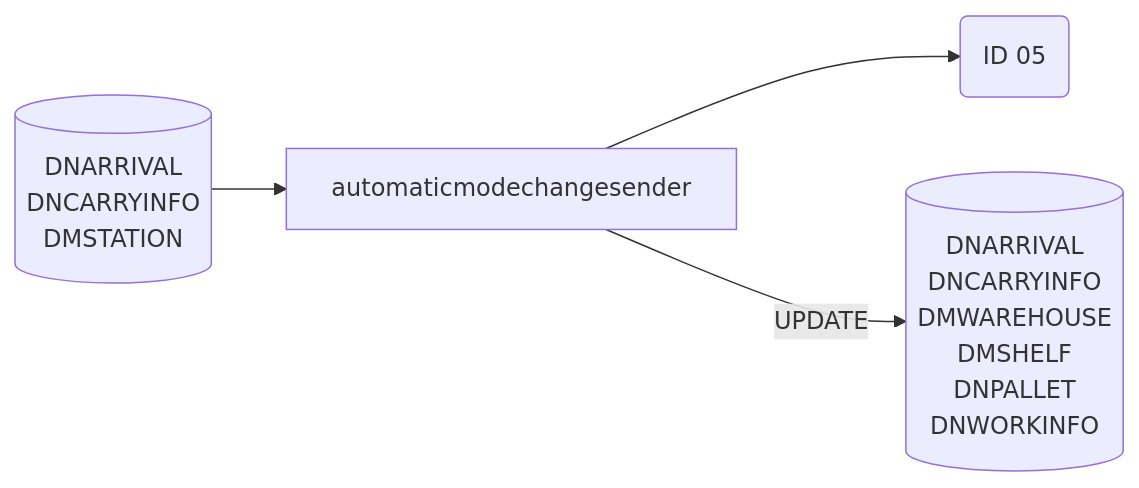
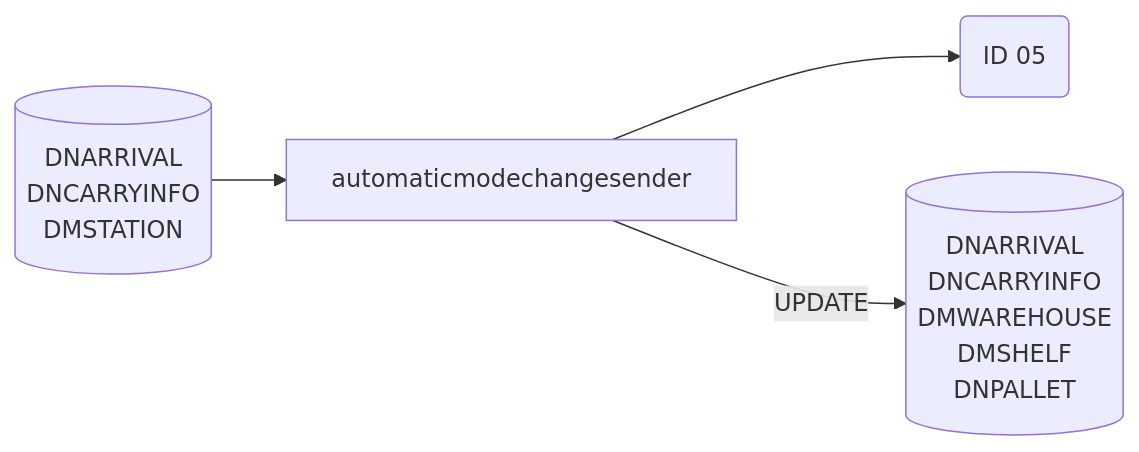
The third of 10 diagrams in Basic-Design/DFD-WMS/Storage/Empty-Pallet-Storage-to-Ambient-Area.md (luthfiadityaa/SimeDarby-Wiki), drawn with Mermaid before and after one commit. The commit also changed other lines of this file, not shown here.

```diff
--- a/Basic-Design/DFD-WMS/Storage/Empty-Pallet-Storage-to-Ambient-Area.md
+++ b/Basic-Design/DFD-WMS/Storage/Empty-Pallet-Storage-to-Ambient-Area.md
@@ -265,23 +264,22 @@
 ::: mermaid
 flowchart LR
 automaticmodechangesender-update[("
 DNARRIVAL
 DNCARRYINFO
 DMWAREHOUSE
 DMSHELF
 DNPALLET
-DNWORKINFO
 ")]
 automaticmodechangesender-input[("
 DNARRIVAL
 DNCARRYINFO
 DMSTATION
 ")]
 
 id05msg("
 ID 05
 ")
 
 automaticmodechangesender-input-->automaticmodechangesender-->id05msg
 automaticmodechangesender--> |UPDATE| automaticmodechangesender-update
 :::
```
